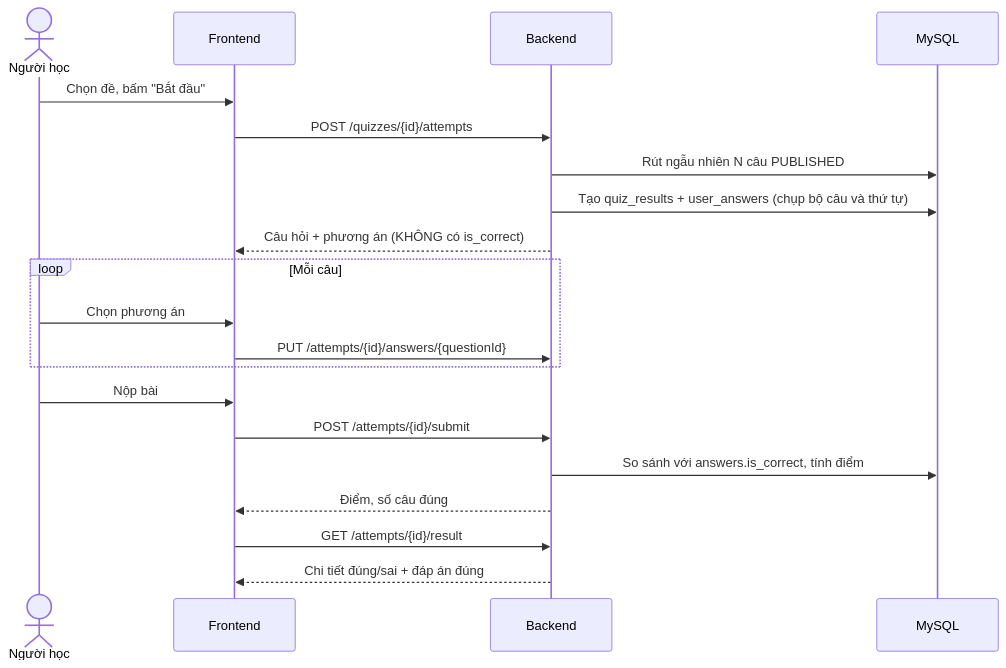
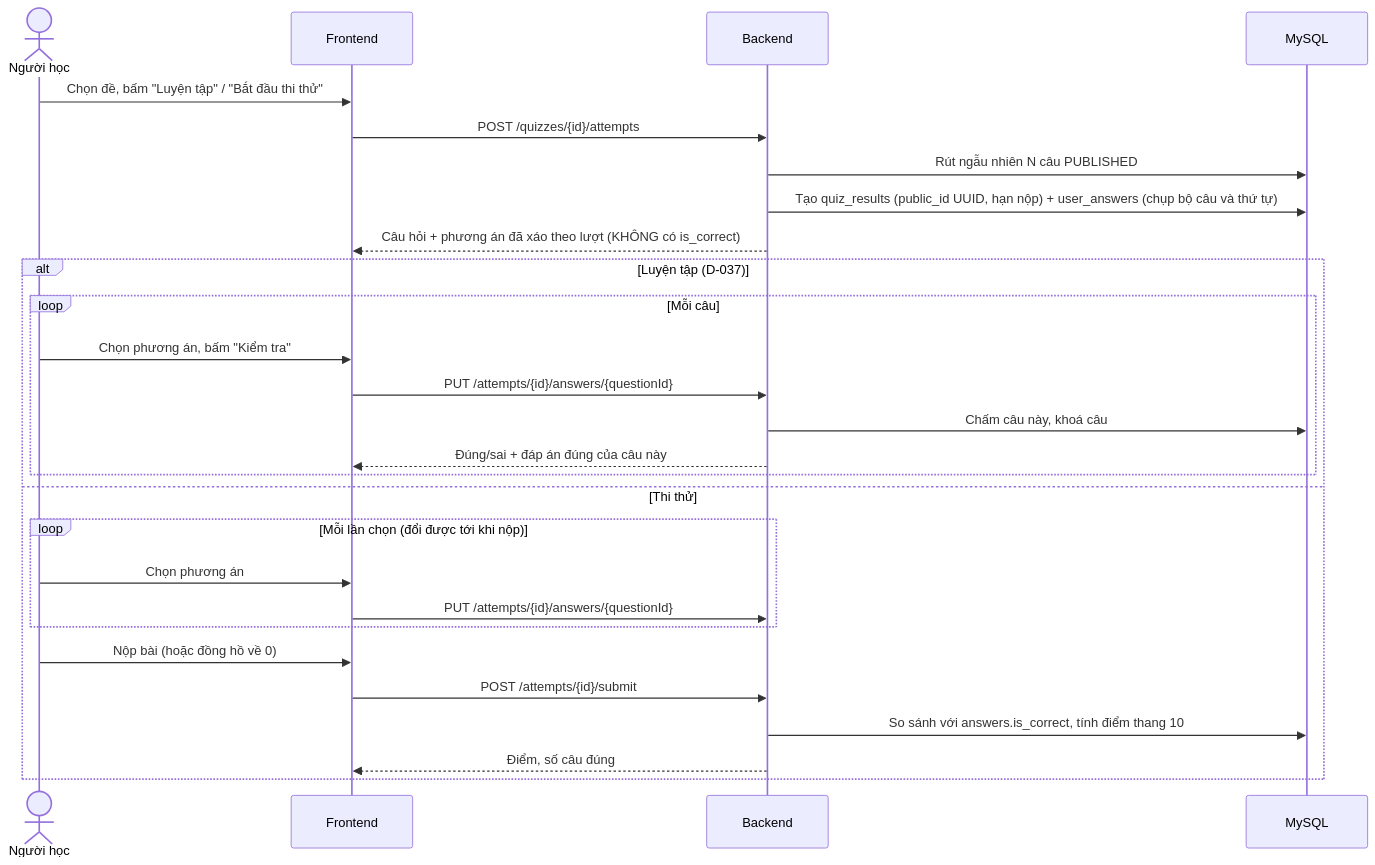
The second of 2 diagrams in docs/architecture.md (PhamThanhTuanDev/quiz-study), drawn with Mermaid before and after one commit. The commit also changed other lines of this file and 14 other files, not shown here.

First line of the commit message:
fix: sửa theo rà code Phase 5, cập nhật tài liệu làm bài

````diff
--- a/docs/architecture.md
+++ b/docs/architecture.md
@@ -158,22 +161,29 @@
 ```mermaid
 sequenceDiagram
     actor U as Người học
     participant FE as Frontend
     participant BE as Backend
     participant DB as MySQL
-    U->>FE: Chọn đề, bấm "Bắt đầu"
+    U->>FE: Chọn đề, bấm "Luyện tập" / "Bắt đầu thi thử"
     FE->>BE: POST /quizzes/{id}/attempts
     BE->>DB: Rút ngẫu nhiên N câu PUBLISHED
-    BE->>DB: Tạo quiz_results + user_answers (chụp bộ câu và thứ tự)
-    BE-->>FE: Câu hỏi + phương án (KHÔNG có is_correct)
-    loop Mỗi câu
-        U->>FE: Chọn phương án
-        FE->>BE: PUT /attempts/{id}/answers/{questionId}
+    BE->>DB: Tạo quiz_results (public_id UUID, hạn nộp) + user_answers (chụp bộ câu và thứ tự)
+    BE-->>FE: Câu hỏi + phương án đã xáo theo lượt (KHÔNG có is_correct)
+    alt Luyện tập (D-037)
+        loop Mỗi câu
+            U->>FE: Chọn phương án, bấm "Kiểm tra"
+            FE->>BE: PUT /attempts/{id}/answers/{questionId}
+            BE->>DB: Chấm câu này, khoá câu
+            BE-->>FE: Đúng/sai + đáp án đúng của câu này
+        end
+    else Thi thử
+        loop Mỗi lần chọn (đổi được tới khi nộp)
+            U->>FE: Chọn phương án
+            FE->>BE: PUT /attempts/{id}/answers/{questionId}
+        end
+        U->>FE: Nộp bài (hoặc đồng hồ về 0)
+        FE->>BE: POST /attempts/{id}/submit
+        BE->>DB: So sánh với answers.is_correct, tính điểm thang 10
+        BE-->>FE: Điểm, số câu đúng
     end
-    U->>FE: Nộp bài
-    FE->>BE: POST /attempts/{id}/submit
-    BE->>DB: So sánh với answers.is_correct, tính điểm
-    BE-->>FE: Điểm, số câu đúng
-    FE->>BE: GET /attempts/{id}/result
-    BE-->>FE: Chi tiết đúng/sai + đáp án đúng
 ```
````
